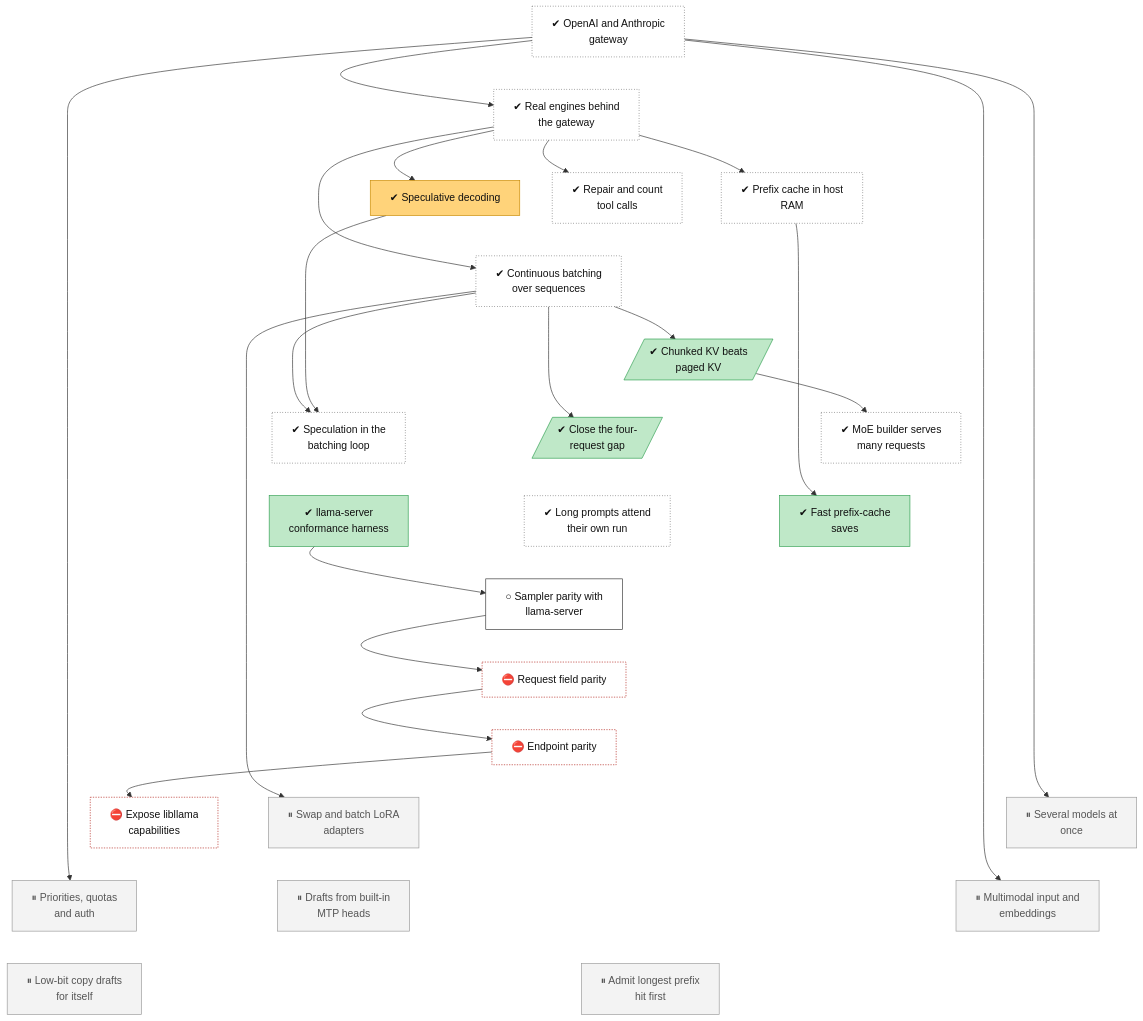
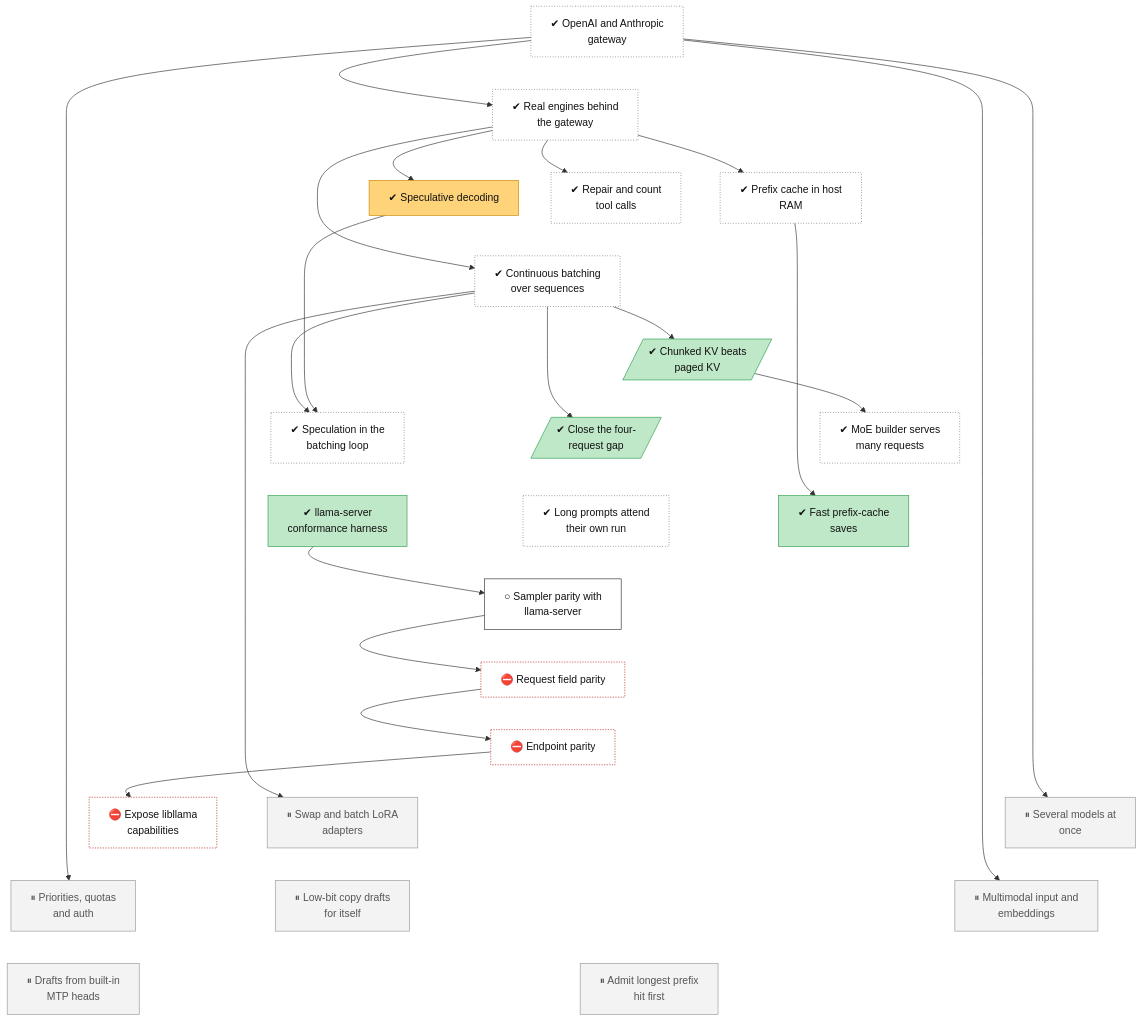
One commit to lhns/tetraeder changed the diagram in docs/roadmap/tracks/serving.md. Above: the diagram before and after it, drawn with Mermaid. The commit also changed other lines of this file and 11 other files, not shown here.

Commit message:
Strata feature matrix (docs/notes/strata-parity.md, v0.2.20 from source), ADR 0085 (Proposed), tree nodes: bench-strata-q36 first, then an own qwen35moe builder; class 1 nodes kv-auto, ep-split, low-ram modes, prefix SSD (not measured)

````diff
--- a/docs/roadmap/tracks/serving.md
+++ b/docs/roadmap/tracks/serving.md
@@ -30,8 +30,8 @@
     serving_multi_lora["⏸ Swap and batch LoRA<br/>adapters"]
     serving_auth_quotas["⏸ Priorities, quotas<br/>and auth"]
     serving_multimodal["⏸ Multimodal input and<br/>embeddings"]
+    serving_self_spec["⏸ Low-bit copy drafts<br/>for itself"]
     serving_mtp_drafts["⏸ Drafts from built-in<br/>MTP heads"]
-    serving_self_spec["⏸ Low-bit copy drafts<br/>for itself"]
     serving_prefix_first["⏸ Admit longest prefix<br/>hit first"]
     serving_gateway ~~~ serving_real_engines
     serving_real_engines ~~~ serving_prefix_cache
@@ -57,10 +57,10 @@
     serving_parity_endpoints ~~~ serving_multi_lora
     serving_parity_libllama ~~~ serving_auth_quotas
     serving_multi_model ~~~ serving_multimodal
-    serving_multi_lora ~~~ serving_mtp_drafts
-    serving_auth_quotas ~~~ serving_self_spec
+    serving_multi_lora ~~~ serving_self_spec
+    serving_auth_quotas ~~~ serving_mtp_drafts
     serving_multimodal ~~~ serving_prefix_first
-    serving_mtp_drafts ~~~ serving_prefix_first
+    serving_self_spec ~~~ serving_prefix_first
     serving_gateway --> serving_real_engines
     serving_real_engines --> serving_prefix_cache
     serving_real_engines --> serving_speculative
@@ -99,5 +99,5 @@
     class serving_kv_layout,serving_c4_gap,serving_prefix_save,serving_parity_harness succ
     class serving_parity_sampling next
     class serving_parity_fields,serving_parity_endpoints,serving_parity_libllama blocked
-    class serving_multi_model,serving_multi_lora,serving_auth_quotas,serving_multimodal,serving_mtp_drafts,serving_self_spec,serving_prefix_first parked
+    class serving_multi_model,serving_multi_lora,serving_auth_quotas,serving_multimodal,serving_self_spec,serving_mtp_drafts,serving_prefix_first parked
 ```
````
